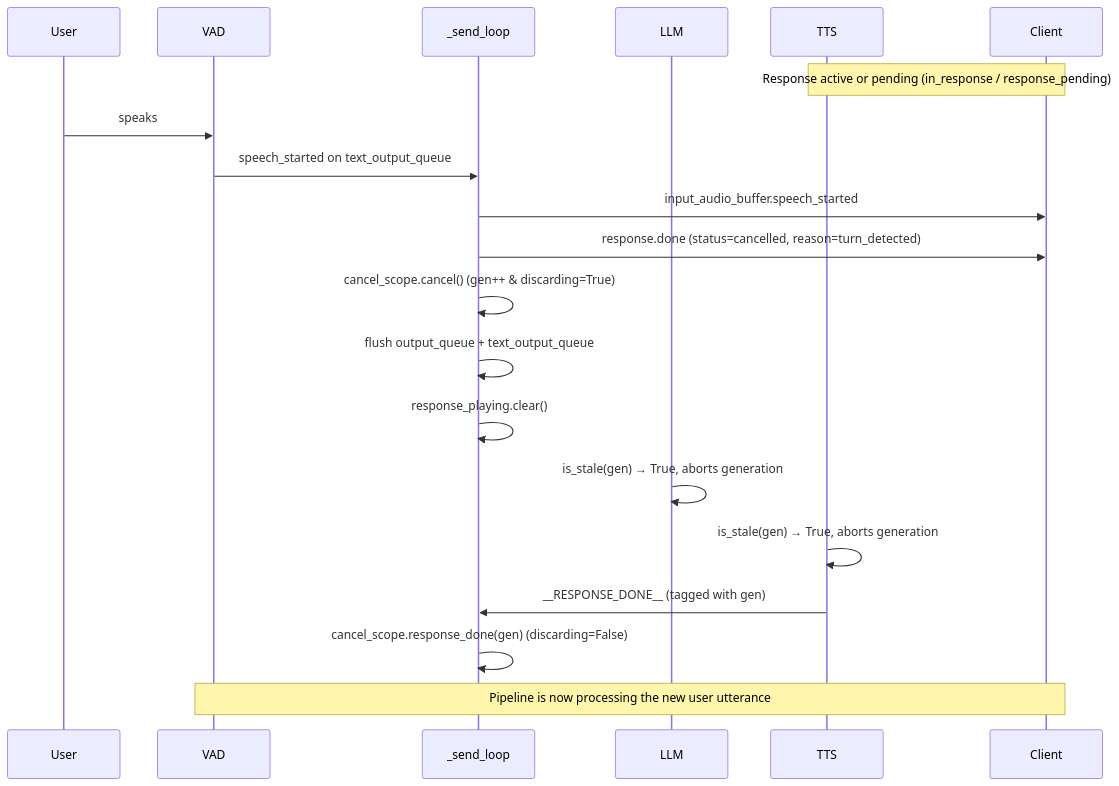
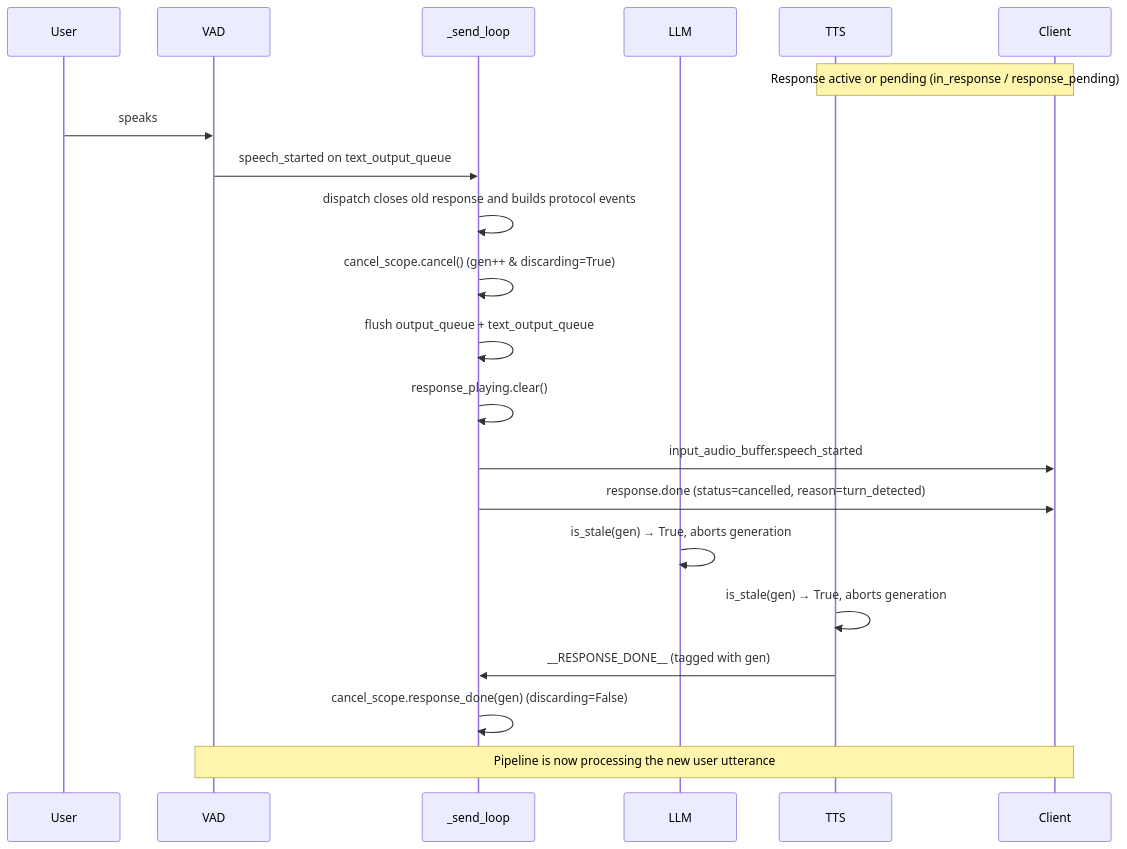
The second of 2 diagrams in src/speech_to_speech/api/openai_realtime/README.md (not-skynet-i-promise/speech-to-speech), drawn with Mermaid before and after one commit. The commit also changed other lines of this file and 4 other files, not shown here.

````diff
--- a/src/speech_to_speech/api/openai_realtime/README.md
+++ b/src/speech_to_speech/api/openai_realtime/README.md
@@ -306,23 +306,24 @@
 ```mermaid
 sequenceDiagram
     participant User
     participant VAD
     participant SendLoop as _send_loop
     participant LLM
     participant TTS
     participant Client
 
     Note over TTS,Client: Response active or pending (in_response / response_pending)
     User->>VAD: speaks
     VAD->>SendLoop: speech_started on text_output_queue
-    SendLoop->>Client: input_audio_buffer.speech_started
-    SendLoop->>Client: response.done (status=cancelled, reason=turn_detected)
+    SendLoop->>SendLoop: dispatch closes old response and builds protocol events
     SendLoop->>SendLoop: cancel_scope.cancel() (gen++ & discarding=True)
     SendLoop->>SendLoop: flush output_queue + text_output_queue
     SendLoop->>SendLoop: response_playing.clear()
+    SendLoop->>Client: input_audio_buffer.speech_started
+    SendLoop->>Client: response.done (status=cancelled, reason=turn_detected)
     LLM->>LLM: is_stale(gen) → True, aborts generation
     TTS->>TTS: is_stale(gen) → True, aborts generation
     TTS->>SendLoop: __RESPONSE_DONE__ (tagged with gen)
     SendLoop->>SendLoop: cancel_scope.response_done(gen) (discarding=False)
     Note over VAD,Client: Pipeline is now processing the new user utterance
 ```
````
